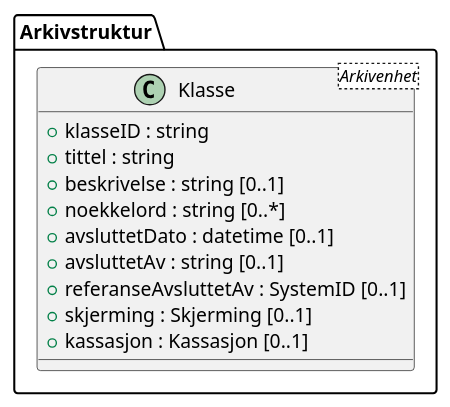
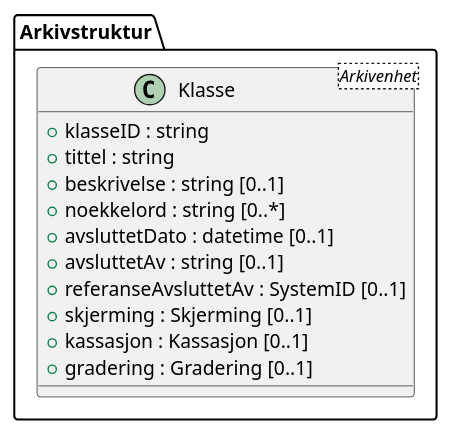
Before and after one commit to arkivverket/noark5-tjenestegrensesnitt-standard: the diagram in kapitler/media/uml-class-klasse.iuml, drawn with PlantUML. The commit also changed 1 other file, not shown here.

Commit message:
Update generated PlantUML files from specification.

```diff
--- a/kapitler/media/uml-class-klasse.iuml
+++ b/kapitler/media/uml-class-klasse.iuml
@@ -1,13 +1,14 @@
 @startuml
 class Arkivstruktur.Klasse <Arkivenhet> {
   +klasseID : string
   +tittel : string
   +beskrivelse : string [0..1]
   +noekkelord : string [0..*]
   +avsluttetDato : datetime [0..1]
   +avsluttetAv : string [0..1]
   +referanseAvsluttetAv : SystemID [0..1]
   +skjerming : Skjerming [0..1]
   +kassasjon : Kassasjon [0..1]
+  +gradering : Gradering [0..1]
 }
 @enduml
```
